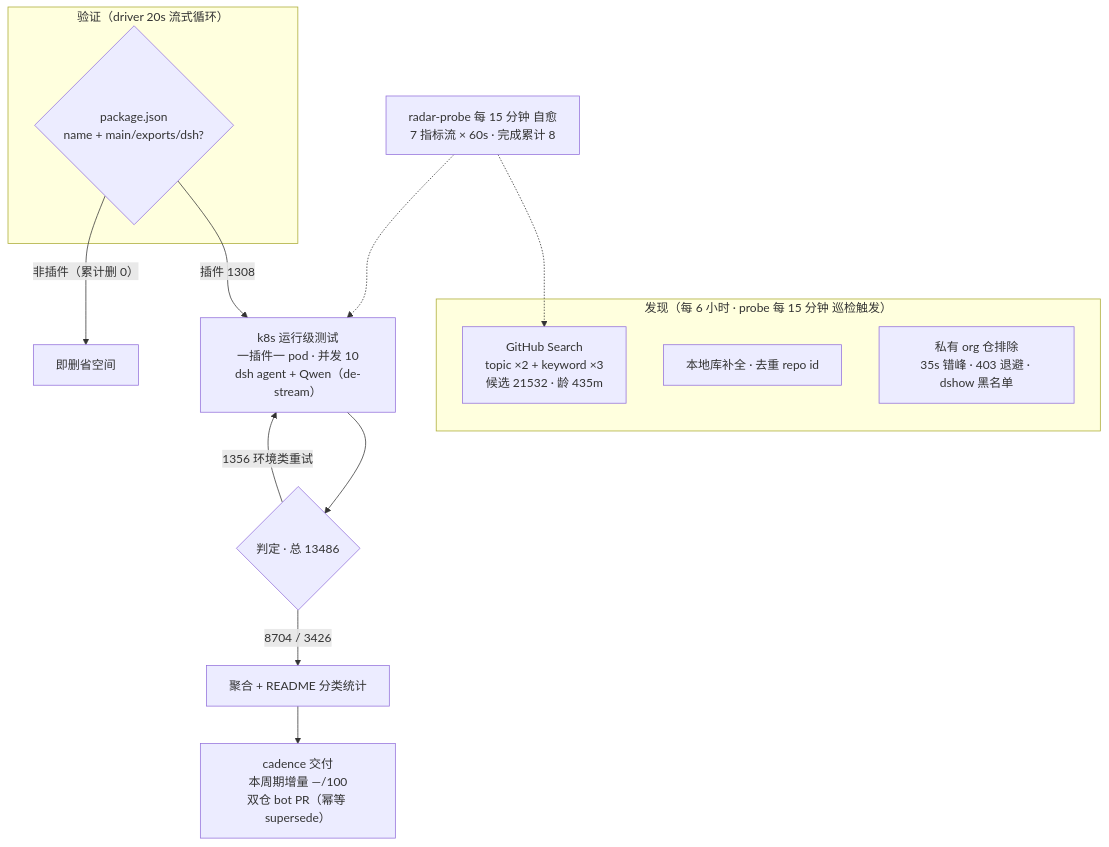
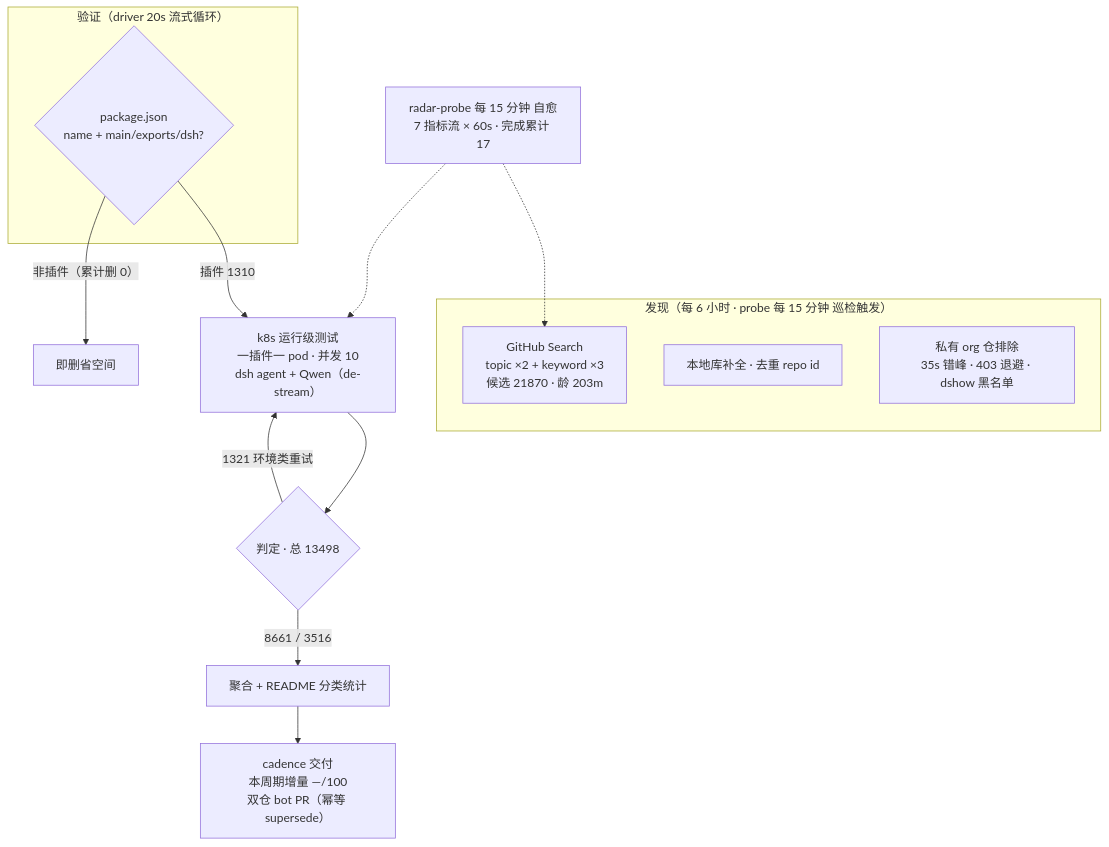
Before and after one commit to 1420079678-ctrl/dsh-plugin-radar: the diagram in README.md, drawn with Mermaid. The commit also changed other lines of this file and 15 other files, not shown here.

````diff
--- a/README.md
+++ b/README.md
@@ -51,20 +51,20 @@
 ```mermaid
 flowchart TB
     subgraph Discovery["发现（每 6 小时 · probe 每 15 分钟 巡检触发）"]
-        A1["GitHub Search<br/>topic ×2 + keyword ×3<br/>候选 21532 · 龄 435m"]
+        A1["GitHub Search<br/>topic ×2 + keyword ×3<br/>候选 21870 · 龄 203m"]
         A2["本地库补全 · 去重 repo id"]
         A3["私有 org 仓排除<br/>35s 错峰 · 403 退避 · dshow 黑名单"]
     end
     subgraph Validation["验证（driver 20s 流式循环）"]
         B1{"package.json<br/>name + main/exports/dsh?"}
     end
-    B1 -->|"插件 1308"| C1["k8s 运行级测试<br/>一插件一 pod · 并发 10<br/>dsh agent + Qwen（de-stream）"]
+    B1 -->|"插件 1310"| C1["k8s 运行级测试<br/>一插件一 pod · 并发 10<br/>dsh agent + Qwen（de-stream）"]
     B1 -->|"非插件（累计删 0）"| B3["即删省空间"]
-    C1 --> D1{"判定 · 总 13486"}
-    D1 -->|"8704 / 3426"| E1["聚合 + README 分类统计"]
-    D1 -->|"1356 环境类重试"| C1
+    C1 --> D1{"判定 · 总 13498"}
+    D1 -->|"8661 / 3516"| E1["聚合 + README 分类统计"]
+    D1 -->|"1321 环境类重试"| C1
     E1 --> E2["cadence 交付<br/>本周期增量 —/100<br/>双仓 bot PR（幂等 supersede）"]
-    M["radar-probe 每 15 分钟 自愈<br/>7 指标流 × 60s · 完成累计 8"]
+    M["radar-probe 每 15 分钟 自愈<br/>7 指标流 × 60s · 完成累计 17"]
     M -.-> A1
     M -.-> C1
 ```
````
